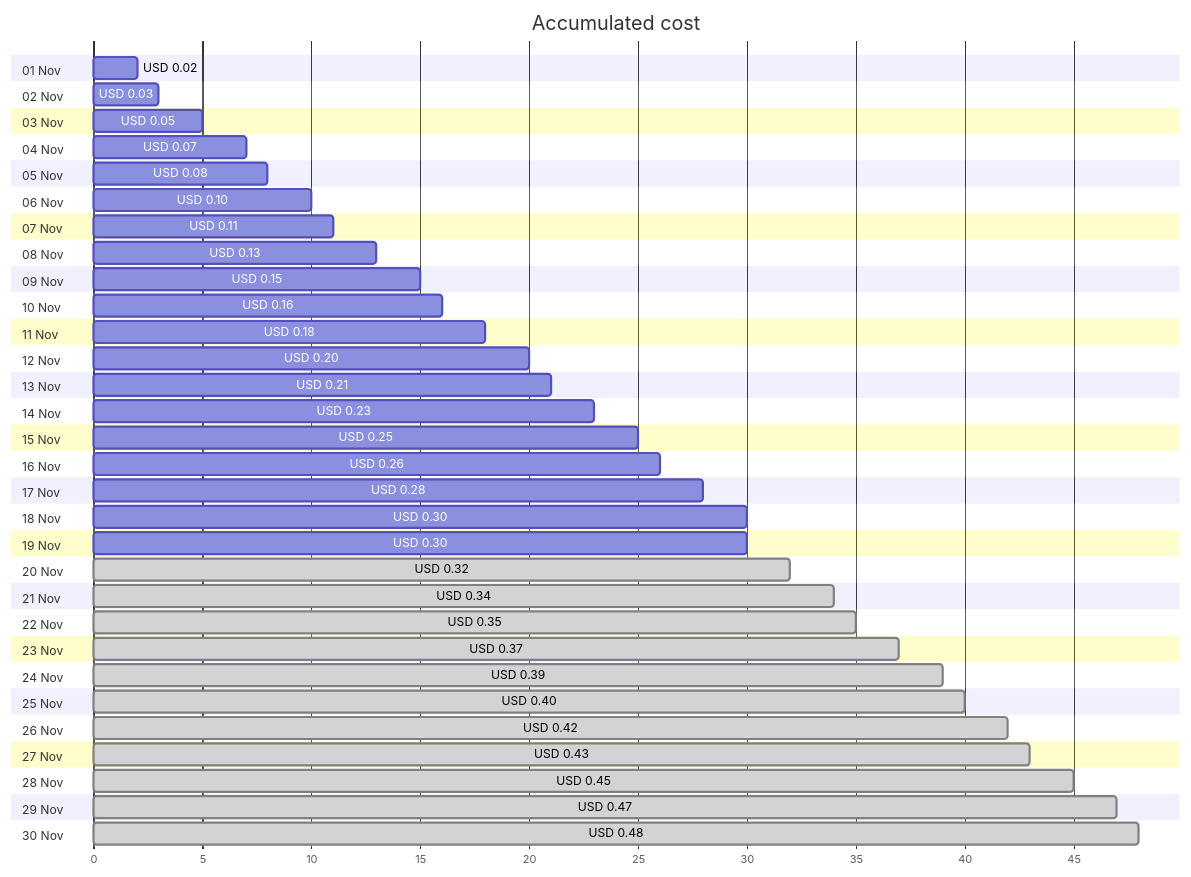
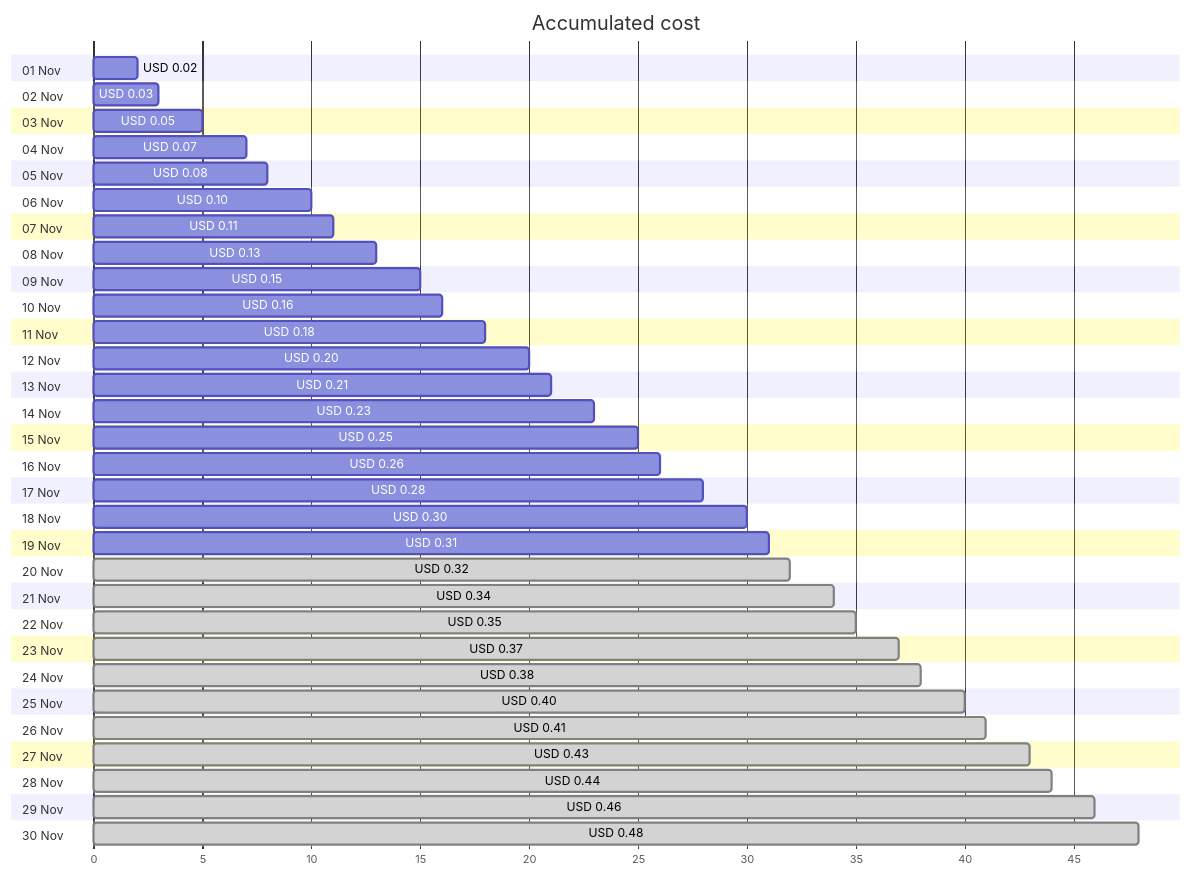
The first of 4 diagrams in cost-reports/personal-dns/jpatrickfulton.dev.md (jpfulton/azure-personal-reports), drawn with Mermaid before and after one commit. The commit also changed other lines of this file and 2 other files, not shown here.

````diff
--- a/cost-reports/personal-dns/jpatrickfulton.dev.md
+++ b/cost-reports/personal-dns/jpatrickfulton.dev.md
@@ -20,66 +20,66 @@
 ```mermaid
 gantt
    title Accumulated cost
    dateFormat  X
    axisFormat %s
    section 01 Nov
    USD 0.02 :0, 2
    section 02 Nov
    USD 0.03 :0, 3
    section 03 Nov
    USD 0.05 :0, 5
    section 04 Nov
    USD 0.07 :0, 7
    section 05 Nov
    USD 0.08 :0, 8
    section 06 Nov
    USD 0.10 :0, 10
    section 07 Nov
    USD 0.11 :0, 11
    section 08 Nov
    USD 0.13 :0, 13
    section 09 Nov
    USD 0.15 :0, 15
    section 10 Nov
    USD 0.16 :0, 16
    section 11 Nov
    USD 0.18 :0, 18
    section 12 Nov
    USD 0.20 :0, 20
    section 13 Nov
    USD 0.21 :0, 21
    section 14 Nov
    USD 0.23 :0, 23
    section 15 Nov
    USD 0.25 :0, 25
    section 16 Nov
    USD 0.26 :0, 26
    section 17 Nov
    USD 0.28 :0, 28
    section 18 Nov
    USD 0.30 :0, 30
    section 19 Nov
-   USD 0.30 :0, 30
+   USD 0.31 :0, 31
    section 20 Nov
    USD 0.32 : done, 0, 32
    section 21 Nov
    USD 0.34 : done, 0, 34
    section 22 Nov
    USD 0.35 : done, 0, 35
    section 23 Nov
    USD 0.37 : done, 0, 37
    section 24 Nov
-   USD 0.39 : done, 0, 39
+   USD 0.38 : done, 0, 38
    section 25 Nov
    USD 0.40 : done, 0, 40
    section 26 Nov
-   USD 0.42 : done, 0, 42
+   USD 0.41 : done, 0, 41
    section 27 Nov
    USD 0.43 : done, 0, 43
    section 28 Nov
-   USD 0.45 : done, 0, 45
+   USD 0.44 : done, 0, 44
    section 29 Nov
-   USD 0.47 : done, 0, 47
+   USD 0.46 : done, 0, 46
    section 30 Nov
    USD 0.48 : done, 0, 48
 ```
````
